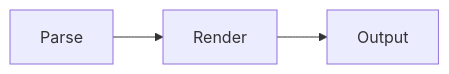
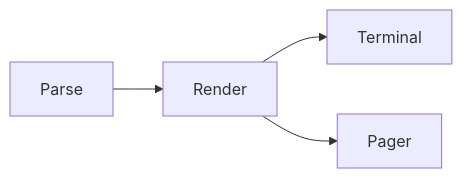
Before and after one commit to GeertBosch/mdcat: the first of 2 diagrams in README.md, drawn with Mermaid. The commit also changed other lines of this file and 17 other files, not shown here.

Commit message:
Draw Mermaid trees, merges and multi-rank edges with one track per gap

````diff
--- a/README.md
+++ b/README.md
@@ -204,5 +204,6 @@
 ```mermaid
 graph LR
     parse[Parse] --> render[Render]
-    render --> output[Output]
+    render --> terminal[Terminal]
+    render --> pager[Pager]
 ```
````
